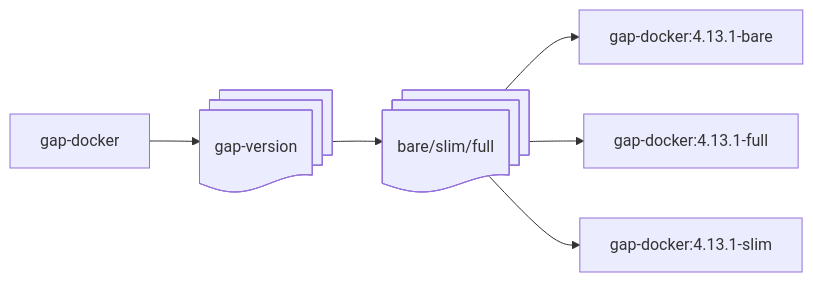
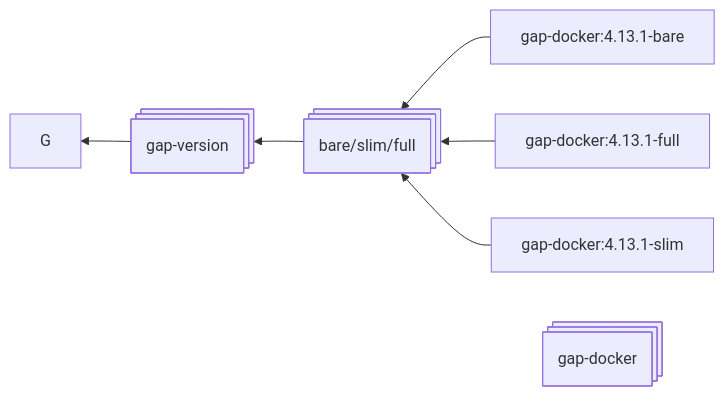
One commit to gap-system/docker changed the diagram in README.md. Above: the diagram before and after it, drawn with Mermaid.

Commit message:
docs: Test shapes and labels

````diff
--- a/README.md
+++ b/README.md
@@ -7,10 +7,12 @@
 ```mermaid
-    graph LR
-        A[gap-docker] --> B
-   
-        B@{ shape: docs, label: "gap-version"} --> D@{ shape: docs, label: "bare/slim/full"}
-    
-        D --> H[gap-docker:4.13.1-bare]
-        D --> K[gap-docker:4.13.1-full]
-        D --> I[gap-docker:4.13.1-slim]
+    graph RL
+        V1[gap-docker:4.13.1-bare] --> T
+        V2[gap-docker:4.13.1-full] --> T
+        V3[gap-docker:4.13.1-slim] --> T
+        T --> V
+        V --> G
+        
+        A@{ shape: processes, label: "gap-docker"}
+        V@{ shape: processes, label: "gap-version"}
+        T@{ shape: processes, label: "bare/slim/full"}
 ```
````
